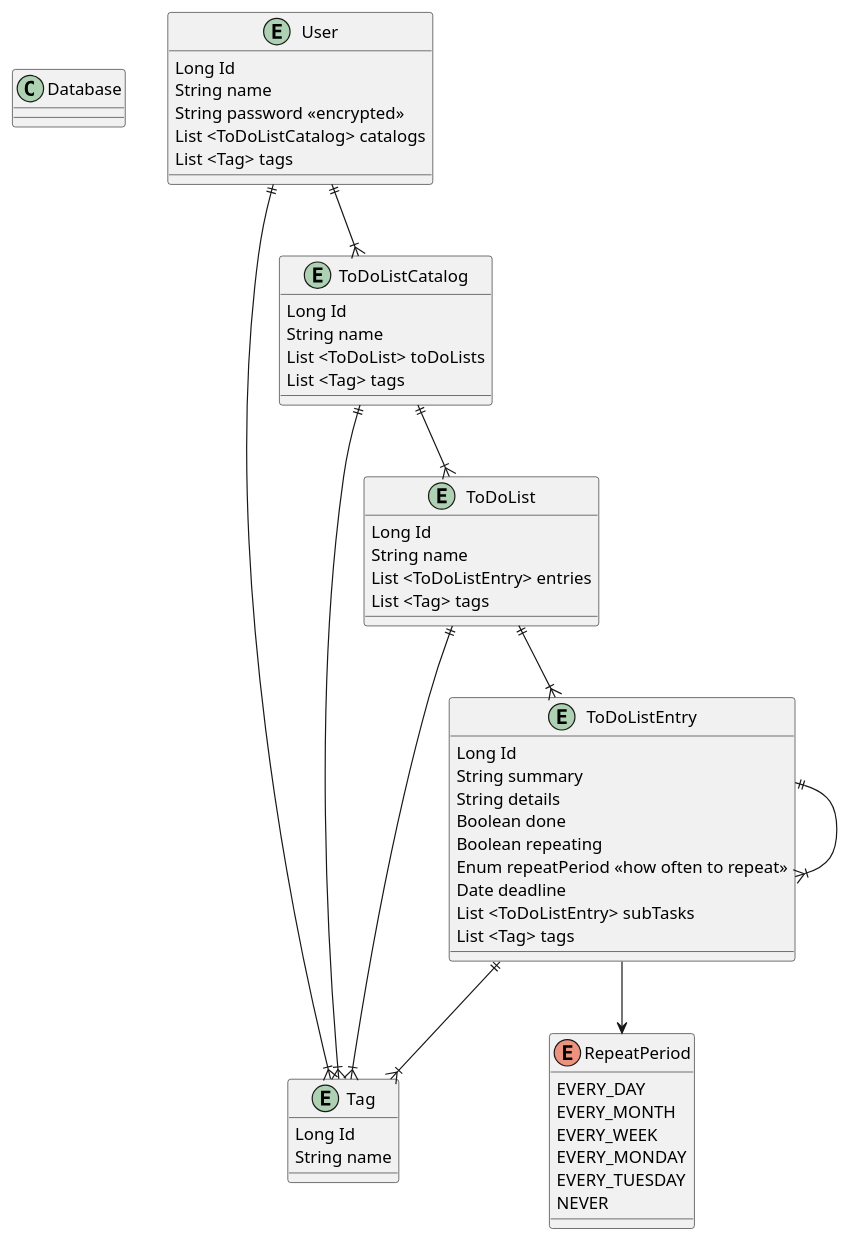
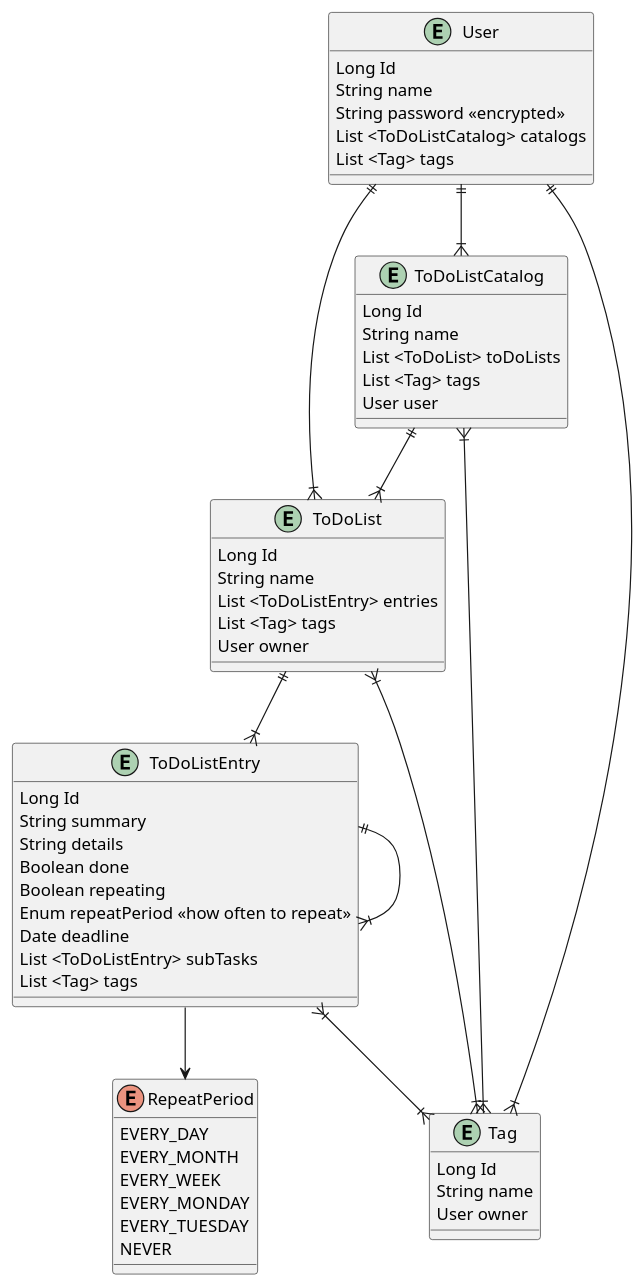
Before and after one commit to Basta-Gruppen-Java-2025-kurs/todo-appen: the diagram in todoStructure.puml, drawn with PlantUML. The commit also changed 16 other files, not shown here.

```diff
--- a/todoStructure.puml
+++ b/todoStructure.puml
@@ -1,65 +1,66 @@
 @startuml
 'https://plantuml.com/class-diagram
-
-class Database {
-}
-
-entity Tag {
-    Long Id
-    String name
-}
 
 entity ToDoListCatalog {
     Long Id
     String name
     List <ToDoList> toDoLists
     List <Tag> tags
+    User user
 }
 
 entity ToDoList {
     Long Id
     String name
     List <ToDoListEntry> entries
     List <Tag> tags
+    User owner
 }
 
 entity ToDoListEntry {
     Long Id
     String summary
     String details
     Boolean done
     Boolean repeating
     Enum repeatPeriod <<how often to repeat>>
     Date deadline
     List <ToDoListEntry> subTasks
     List <Tag> tags
+}
+
+entity Tag {
+    Long Id
+    String name
+    User owner
 }
 
 enum RepeatPeriod {
     EVERY_DAY
     EVERY_MONTH
     EVERY_WEEK
     EVERY_MONDAY
     EVERY_TUESDAY
     NEVER
 }
 
 entity User {
     Long Id
     String name
     String password <<encrypted>>
     List <ToDoListCatalog> catalogs
     List <Tag> tags
 }
 
 User ||--|{ ToDoListCatalog
 User ||--|{ Tag
+User ||--|{ ToDoList
 ToDoListCatalog ||--|{ ToDoList
 ToDoList ||--|{ ToDoListEntry
 ToDoListEntry ||--|{ ToDoListEntry
-ToDoListCatalog ||--|{ Tag
-ToDoList ||--|{ Tag
-ToDoListEntry ||--|{ Tag
+ToDoListCatalog }|--|{ Tag
+ToDoList }|--|{ Tag
+ToDoListEntry }|--|{ Tag
 ToDoListEntry --> RepeatPeriod
 
 @enduml
```
